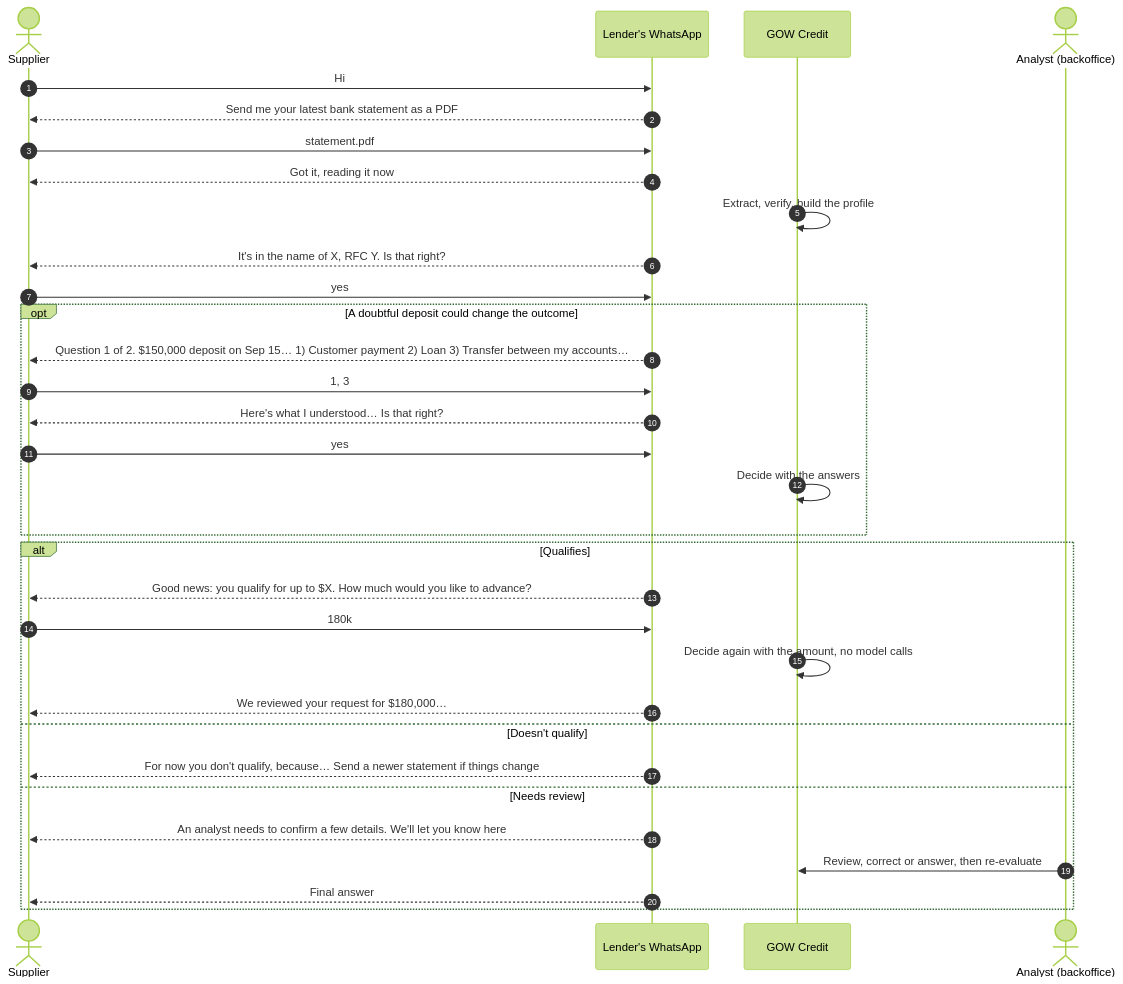
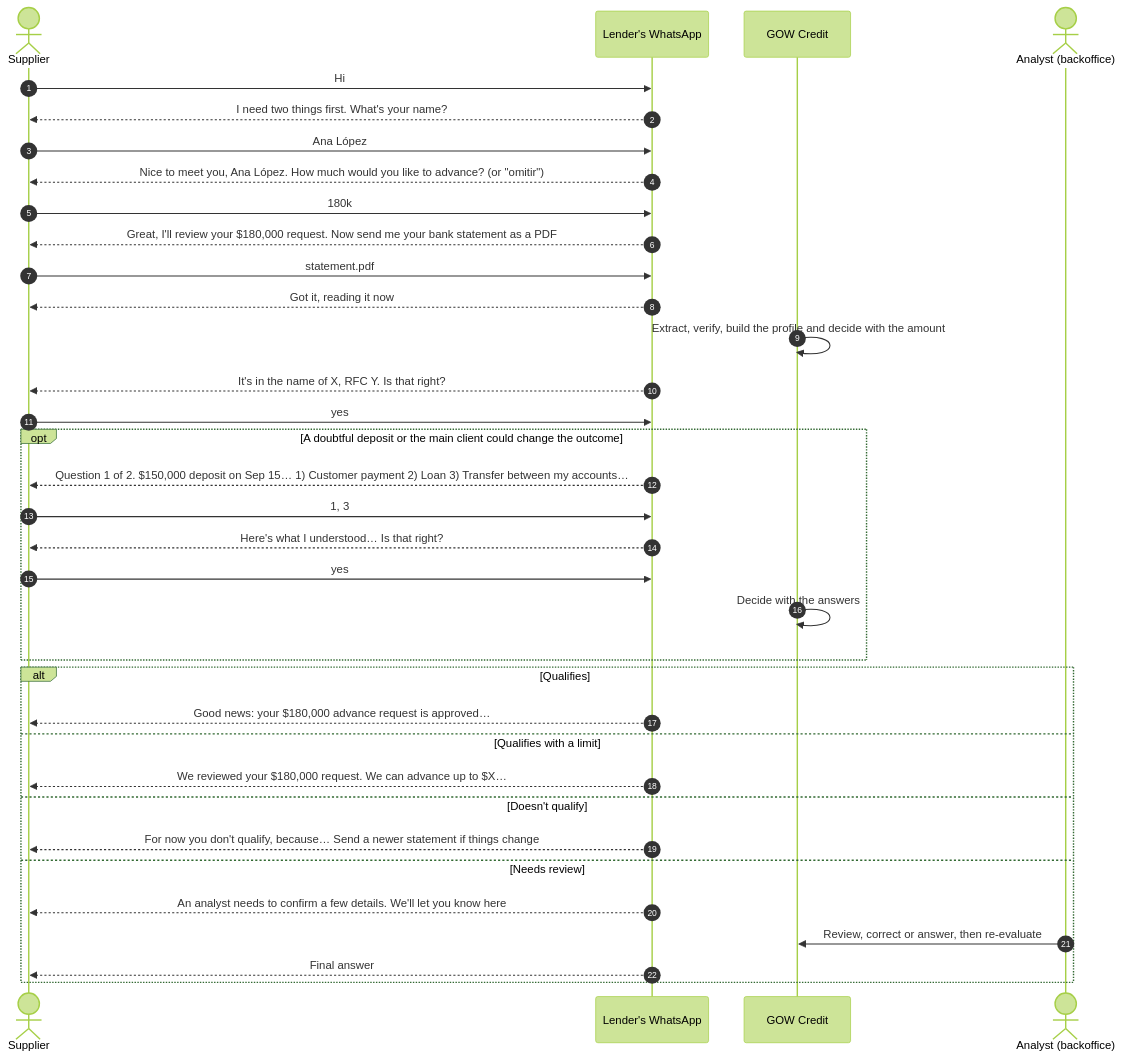
The second of 6 diagrams in README.md (moydany/gow-credit), drawn with Mermaid (forest theme) before and after one commit. The commit also changed other lines of this file and 2 other files, not shown here.

Commit message:
docs: README and security notes for the name-and-amount-first registration

````diff
--- a/README.md
+++ b/README.md
@@ -216,35 +216,38 @@
 ```mermaid
 sequenceDiagram
     autonumber
     actor P as Supplier
     participant W as Lender's WhatsApp
     participant S as GOW Credit
     actor A as Analyst (backoffice)
 
     P->>W: Hi
-    W-->>P: Send me your latest bank statement as a PDF
+    W-->>P: I need two things first. What's your name?
+    P->>W: Ana López
+    W-->>P: Nice to meet you, Ana López. How much would you like to advance? (or "omitir")
+    P->>W: 180k
+    W-->>P: Great, I'll review your $180,000 request. Now send me your bank statement as a PDF
     P->>W: statement.pdf
     W-->>P: Got it, reading it now
-    S->>S: Extract, verify, build the profile
+    S->>S: Extract, verify, build the profile and decide with the amount
     W-->>P: It's in the name of X, RFC Y. Is that right?
     P->>W: yes
-    opt A doubtful deposit could change the outcome
+    opt A doubtful deposit or the main client could change the outcome
         W-->>P: Question 1 of 2. $150,000 deposit on Sep 15… 1) Customer payment 2) Loan 3) Transfer between my accounts…
         P->>W: 1, 3
         W-->>P: Here's what I understood… Is that right?
         P->>W: yes
         S->>S: Decide with the answers
     end
     alt Qualifies
-        W-->>P: Good news: you qualify for up to $X. How much would you like to advance?
-        P->>W: 180k
-        S->>S: Decide again with the amount, no model calls
-        W-->>P: We reviewed your request for $180,000…
+        W-->>P: Good news: your $180,000 advance request is approved…
+    else Qualifies with a limit
+        W-->>P: We reviewed your $180,000 request. We can advance up to $X…
     else Doesn't qualify
         W-->>P: For now you don't qualify, because… Send a newer statement if things change
     else Needs review
         W-->>P: An analyst needs to confirm a few details. We'll let you know here
         A->>S: Review, correct or answer, then re-evaluate
         W-->>P: Final answer
     end
 ```
````
